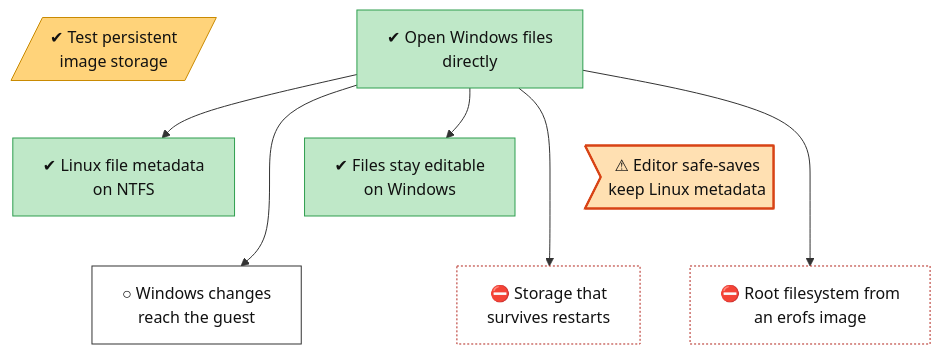
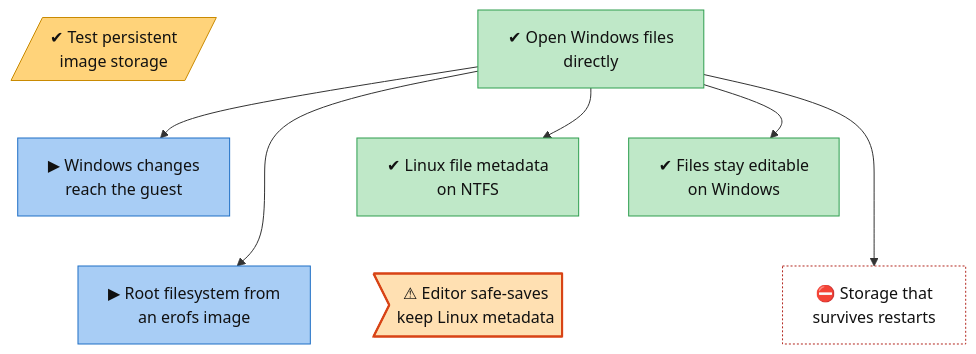
The diagram in docs/roadmap/tracks/fs.md (lhns/gvisor-windows), drawn with Mermaid before and after one commit. The commit also changed other lines of this file and 7 other files, not shown here.

````diff
--- a/docs/roadmap/tracks/fs.md
+++ b/docs/roadmap/tracks/fs.md
@@ -10,41 +10,41 @@
 ```mermaid
 flowchart TB
     fs_persistent_image_storage[/"✔ Test persistent<br/>image storage"/]
     fs_windows_directfs["✔ Open Windows files<br/>directly"]
+    fs_change_notifications["▶ Windows changes<br/>reach the guest"]
     fs_linux_metadata_on_ntfs["✔ Linux file metadata<br/>on NTFS"]
     fs_handles_do_not_block_users["✔ Files stay editable<br/>on Windows"]
+    fs_root_filesystem_source["▶ Root filesystem from<br/>an erofs image"]
     fs_safe_save_keeps_metadata>"⚠ Editor safe-saves<br/>keep Linux metadata"]
-    fs_change_notifications["○ Windows changes<br/>reach the guest"]
     fs_persistent_storage_impl["⛔ Storage that<br/>survives restarts"]
-    fs_root_filesystem_source["⛔ Root filesystem from<br/>an erofs image"]
-    fs_persistent_image_storage ~~~ fs_linux_metadata_on_ntfs
+    fs_persistent_image_storage ~~~ fs_change_notifications
+    fs_windows_directfs ~~~ fs_linux_metadata_on_ntfs
     fs_windows_directfs ~~~ fs_handles_do_not_block_users
-    fs_windows_directfs ~~~ fs_safe_save_keeps_metadata
-    fs_linux_metadata_on_ntfs ~~~ fs_change_notifications
+    fs_change_notifications ~~~ fs_root_filesystem_source
+    fs_linux_metadata_on_ntfs ~~~ fs_safe_save_keeps_metadata
     fs_handles_do_not_block_users ~~~ fs_persistent_storage_impl
-    fs_safe_save_keeps_metadata ~~~ fs_root_filesystem_source
+    fs_windows_directfs --> fs_change_notifications
     fs_windows_directfs --> fs_linux_metadata_on_ntfs
     fs_windows_directfs --> fs_handles_do_not_block_users
-    fs_windows_directfs --> fs_change_notifications
+    fs_windows_directfs --> fs_root_filesystem_source
     fs_windows_directfs --> fs_persistent_storage_impl
-    fs_windows_directfs --> fs_root_filesystem_source
     classDef vsucc fill:#2e9e4f,stroke:#1b6b34,color:#fff
     classDef succ fill:#bfe8c8,stroke:#2e9e4f,color:#111
     classDef mixed fill:#ffd37a,stroke:#c98a00,color:#111
     classDef bad fill:#f28b82,stroke:#b3261e,color:#111
     classDef dead fill:#e6e6e6,stroke:#777,stroke-dasharray:5 5,color:#555
     classDef inprog fill:#a8cdf5,stroke:#1f6fc5,color:#111
     classDef next fill:#fff,stroke:#333,color:#111
     classDef blocked fill:#fff,stroke:#b3261e,stroke-dasharray:2 2,color:#111
     classDef parked fill:#f3f3f3,stroke:#999,color:#555
     classDef unrated fill:#fff,stroke:#333,stroke-dasharray:1 3,color:#111
     classDef gate fill:#d9c2f0,stroke:#7b3fb5,color:#111
     classDef decided fill:#ece0f7,stroke:#7b3fb5,stroke-dasharray:2 2,color:#111
     classDef finding fill:#ffe0b2,stroke:#d84315,stroke-width:2px,color:#111
     classDef waiting fill:#e3f2fd,stroke:#1f6fc5,stroke-dasharray:5 5,color:#111
     class fs_persistent_image_storage mixed
     class fs_windows_directfs,fs_linux_metadata_on_ntfs,fs_handles_do_not_block_users succ
+    class fs_change_notifications,fs_root_filesystem_source inprog
     class fs_safe_save_keeps_metadata finding
-    class fs_change_notifications next
-    class fs_persistent_storage_impl,fs_root_filesystem_source blocked
+    class fs_persistent_storage_impl blocked
 ```
````
